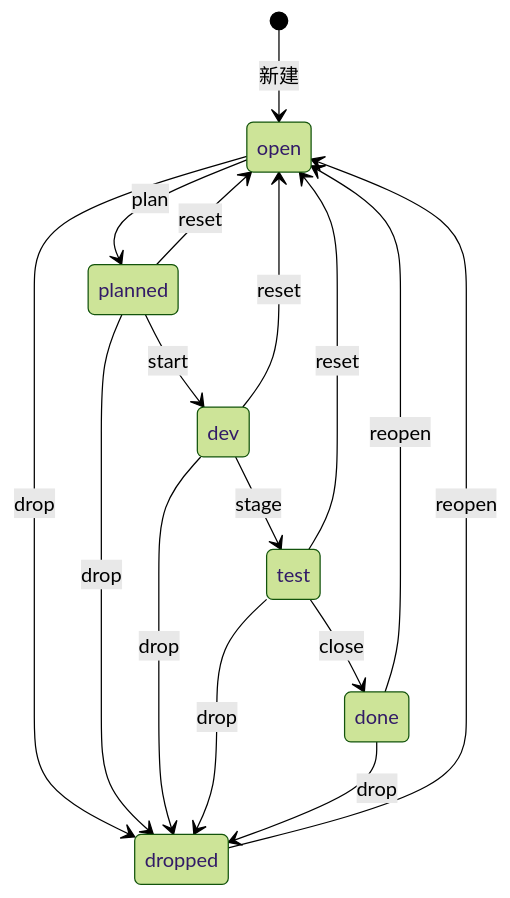
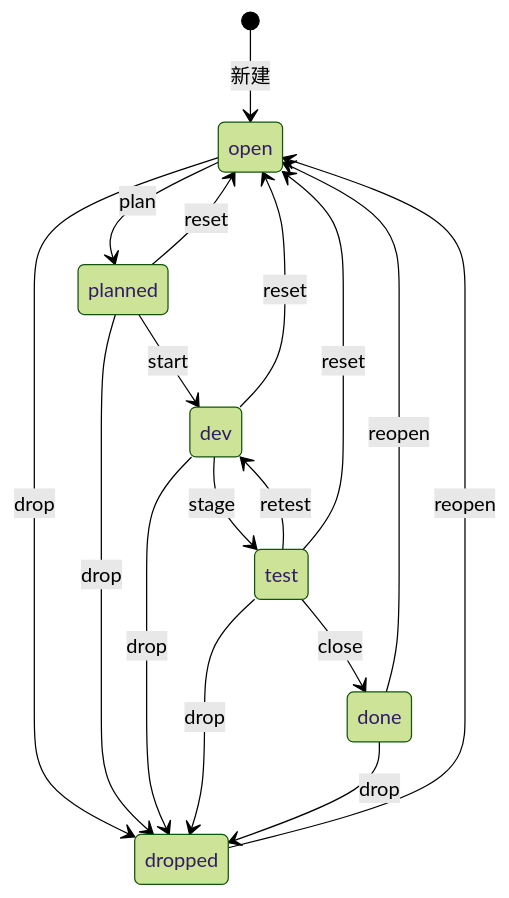
Before and after one commit to yanqd0/mint: the diagram in notes/DDD.md, drawn with Mermaid (forest theme). The commit also changed other lines of this file and 4 other files, not shown here.

First line of the commit message:
feat(state): retest 命令（test→dev 打回，保留 sha + test_cmd）（#114）

````diff
--- a/notes/DDD.md
+++ b/notes/DDD.md
@@ -117,18 +117,19 @@
 ```mermaid
 stateDiagram-v2
   [*] --> open: 新建
   open --> planned: plan
   planned --> dev: start
   dev --> test: stage
+  test --> dev: retest
   test --> done: close
   planned --> open: reset
   dev --> open: reset
   test --> open: reset
   done --> open: reopen
   dropped --> open: reopen
   open --> dropped: drop
   planned --> dropped: drop
   dev --> dropped: drop
   test --> dropped: drop
   done --> dropped: drop
 ```
````
